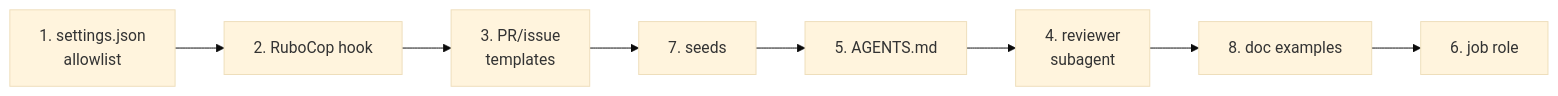
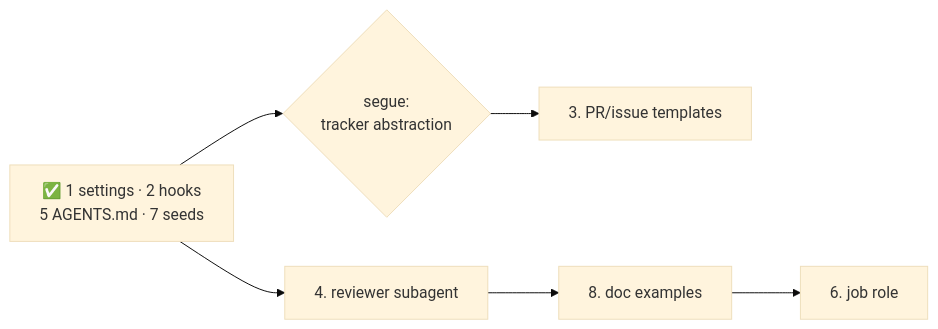
Before and after one commit to PositiveControl/rails-rocket-sheep: the third of 3 diagrams in docs/inventory.md, drawn with Mermaid (base theme). The commit also changed other lines of this file and 8 other files, not shown here.

First line of the commit message:
feat(guardrails): permissions, hooks, AGENTS.md, and seeds

````diff
--- a/docs/inventory.md
+++ b/docs/inventory.md
@@ -185,10 +164,8 @@
 ```mermaid
 flowchart LR
-  S1["1. settings.json<br/>allowlist"] --> S2["2. RuboCop hook"]
-  S2 --> S3["3. PR/issue<br/>templates"]
-  S3 --> S4["7. seeds"]
-  S4 --> S5["5. AGENTS.md"]
-  S5 --> S6["4. reviewer<br/>subagent"]
-  S6 --> S7["8. doc examples"]
-  S7 --> S8["6. job role"]
+  DONE["✅ 1 settings · 2 hooks<br/>5 AGENTS.md · 7 seeds"] --> SEG{"segue:<br/>tracker abstraction"}
+  SEG --> T3["3. PR/issue templates"]
+  DONE --> T4["4. reviewer subagent"]
+  T4 --> T8["8. doc examples"]
+  T8 --> T6["6. job role"]
 ```
````
